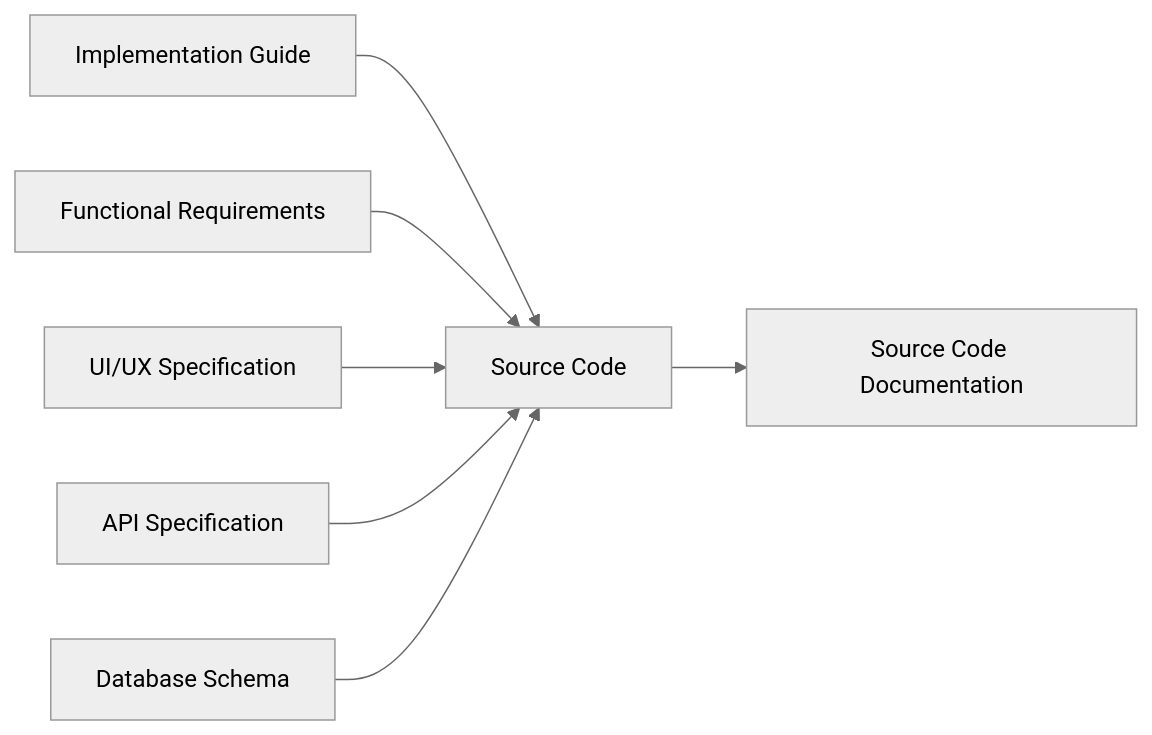
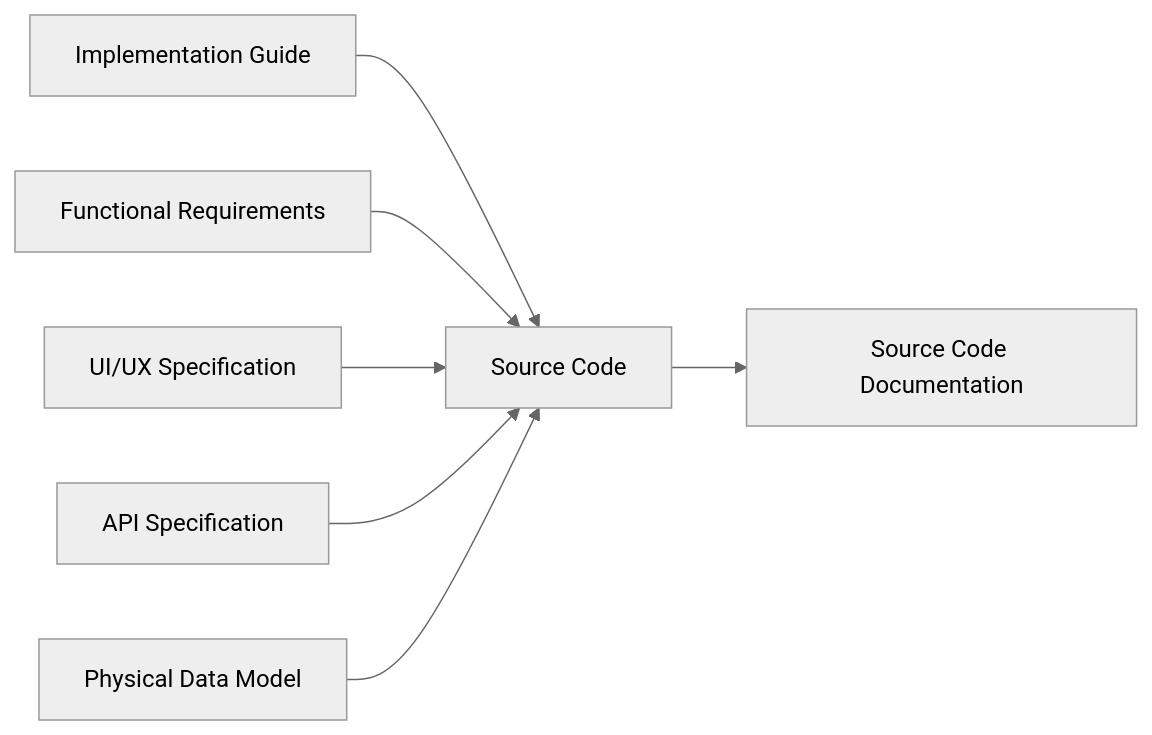
One commit to mahitotsu/ukiyoue changed the tenth of 15 diagrams in specs/artifact-relationships.md. Above: the diagram before and after it, drawn with Mermaid (neutral theme). The commit also changed other lines of this file and 27 other files, not shown here.

````diff
--- a/specs/artifact-relationships.md
+++ b/specs/artifact-relationships.md
@@ -442,10 +457,10 @@
 ```mermaid
 graph LR
     ImplGuide[Implementation Guide] --> SrcCode[Source Code]
     FuncReq[Functional Requirements] --> SrcCode
     UIUX[UI/UX Specification] --> SrcCode
     API[API Specification] --> SrcCode
-    DBSchema[Database Schema] --> SrcCode
+    PhysicalData[Physical Data Model] --> SrcCode
 
     SrcCode --> SrcDoc[Source Code Documentation]
 ```
````
